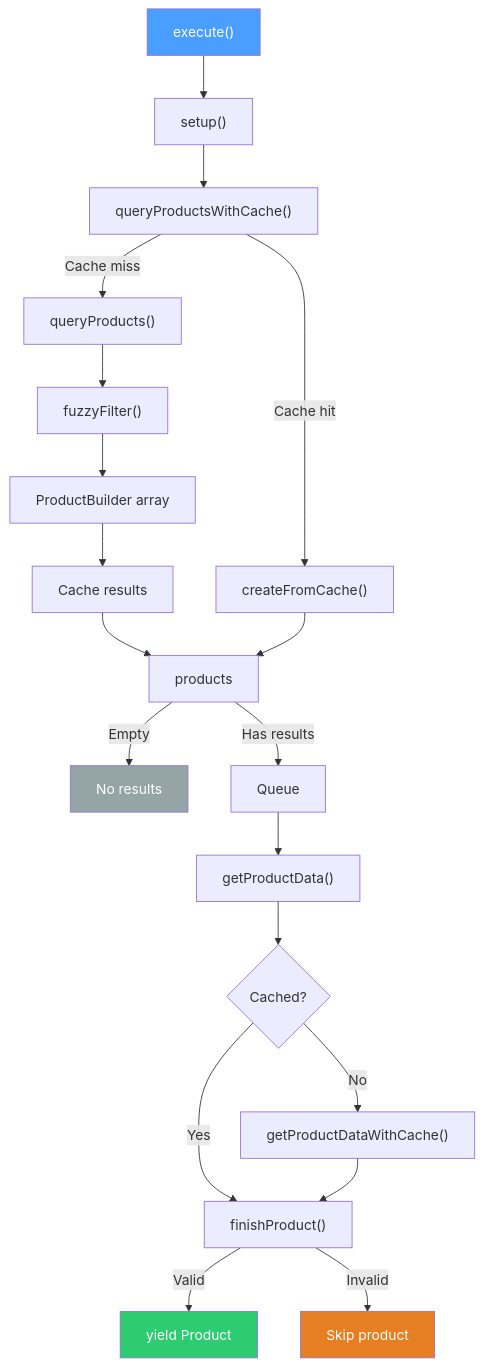
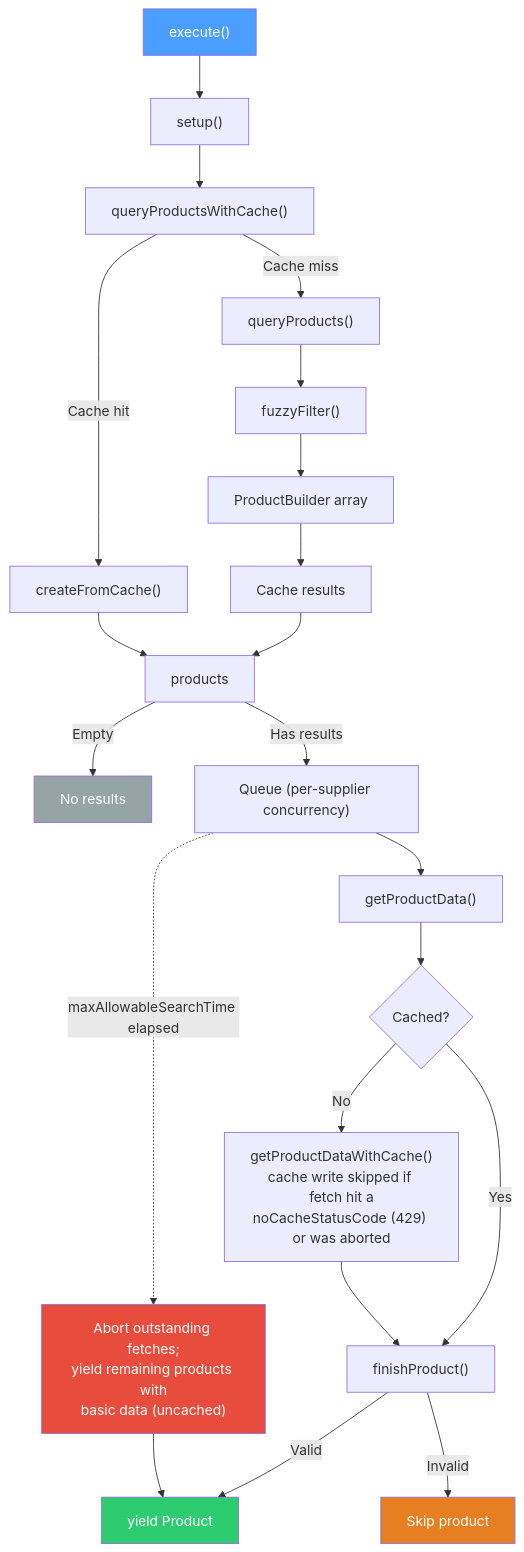
Before and after one commit to jhyland87/chem-pal: the first of 5 diagrams in pages/diagrams/supplier-lifecycle.md, drawn with Mermaid. The commit also changed other lines of this file and 8 other files, not shown here.

````diff
--- a/pages/diagrams/supplier-lifecycle.md
+++ b/pages/diagrams/supplier-lifecycle.md
@@ -12,26 +12,29 @@
 ```mermaid
 flowchart TD
     A["execute()"] --> B["setup()"]
     B --> C["queryProductsWithCache()"]
     C -->|Cache hit| D["createFromCache()"]
     C -->|Cache miss| E["queryProducts()"]
     E --> F["fuzzyFilter()"]
     F --> G["ProductBuilder array"]
     G --> H["Cache results"]
     H --> I["products"]
     D --> I
     I -->|Empty| J["No results"]
-    I -->|Has results| K["Queue"]
+    I -->|Has results| K["Queue (per-supplier concurrency)"]
     K --> L["getProductData()"]
     L --> M{"Cached?"}
     M -->|Yes| O["finishProduct()"]
-    M -->|No| N["getProductDataWithCache()"]
+    M -->|No| N["getProductDataWithCache()\ncache write skipped if fetch hit a\nnoCacheStatusCode (429) or was aborted"]
     N --> O
     O -->|Valid| P["yield Product"]
     O -->|Invalid| Q["Skip product"]
+    K -.->|"maxAllowableSearchTime elapsed"| TO["Abort outstanding fetches;\nyield remaining products with\nbasic data (uncached)"]
+    TO --> P
 
     style A fill:#4a9eff,color:#fff
     style P fill:#2ecc71,color:#fff
     style J fill:#95a5a6,color:#fff
     style Q fill:#e67e22,color:#fff
+    style TO fill:#e74c3c,color:#fff
 ```
````
